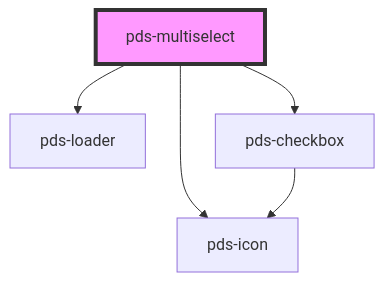
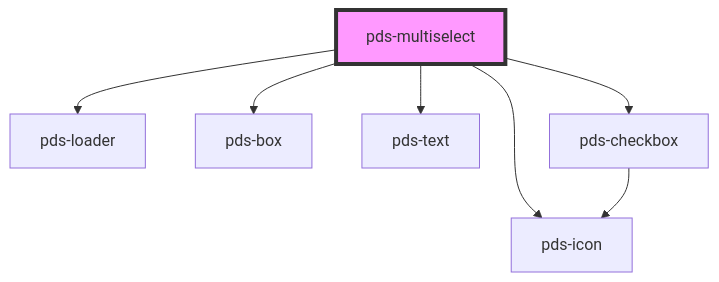
One commit to Kajabi/pine changed the diagram in libs/core/src/components/pds-multiselect/readme.md. Above: the diagram before and after it, drawn with Mermaid. The commit also changed other lines of this file and 9 other files, not shown here.

First line of the commit message:
feat(pds-multiselect): add create tag functionality to pds-multiselect (#652)

````diff
--- a/libs/core/src/components/pds-multiselect/readme.md
+++ b/libs/core/src/components/pds-multiselect/readme.md
@@ -86,8 +90,10 @@
 ```mermaid
 graph TD;
   pds-multiselect --> pds-icon
   pds-multiselect --> pds-loader
+  pds-multiselect --> pds-box
+  pds-multiselect --> pds-text
   pds-multiselect --> pds-checkbox
   pds-checkbox --> pds-icon
   style pds-multiselect fill:#f9f,stroke:#333,stroke-width:4px
 ```
````
